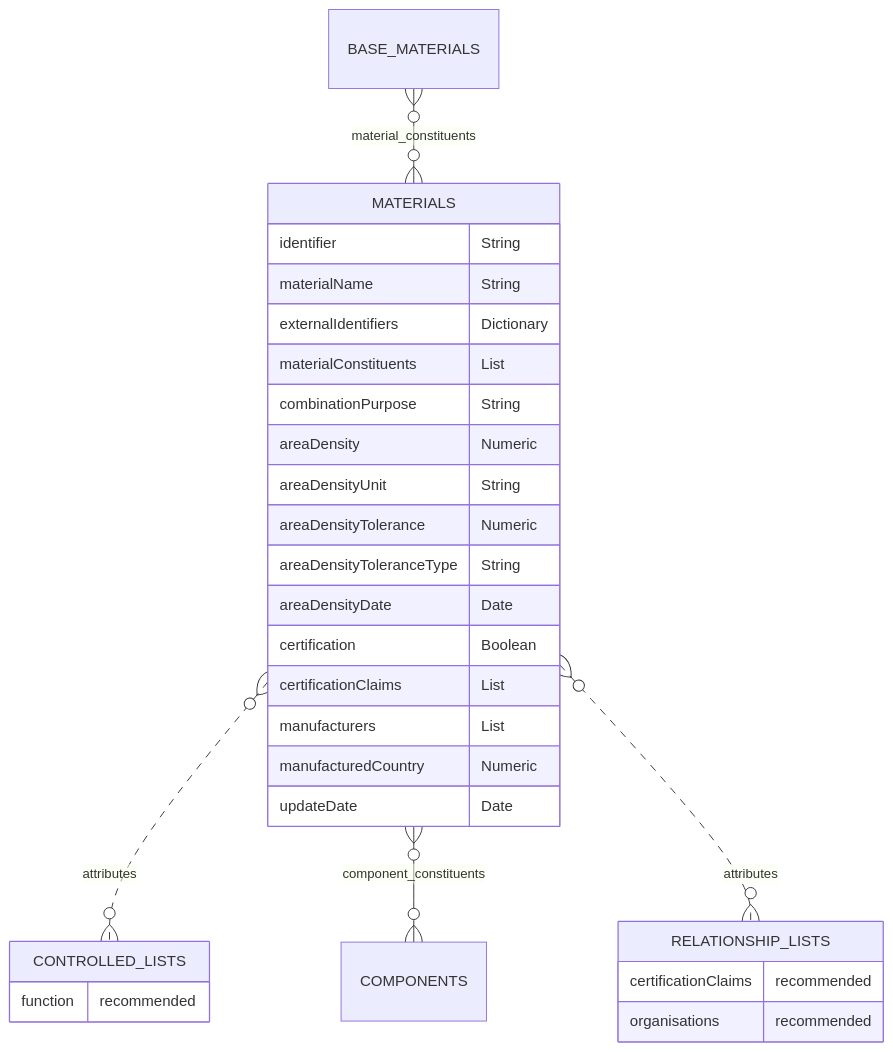
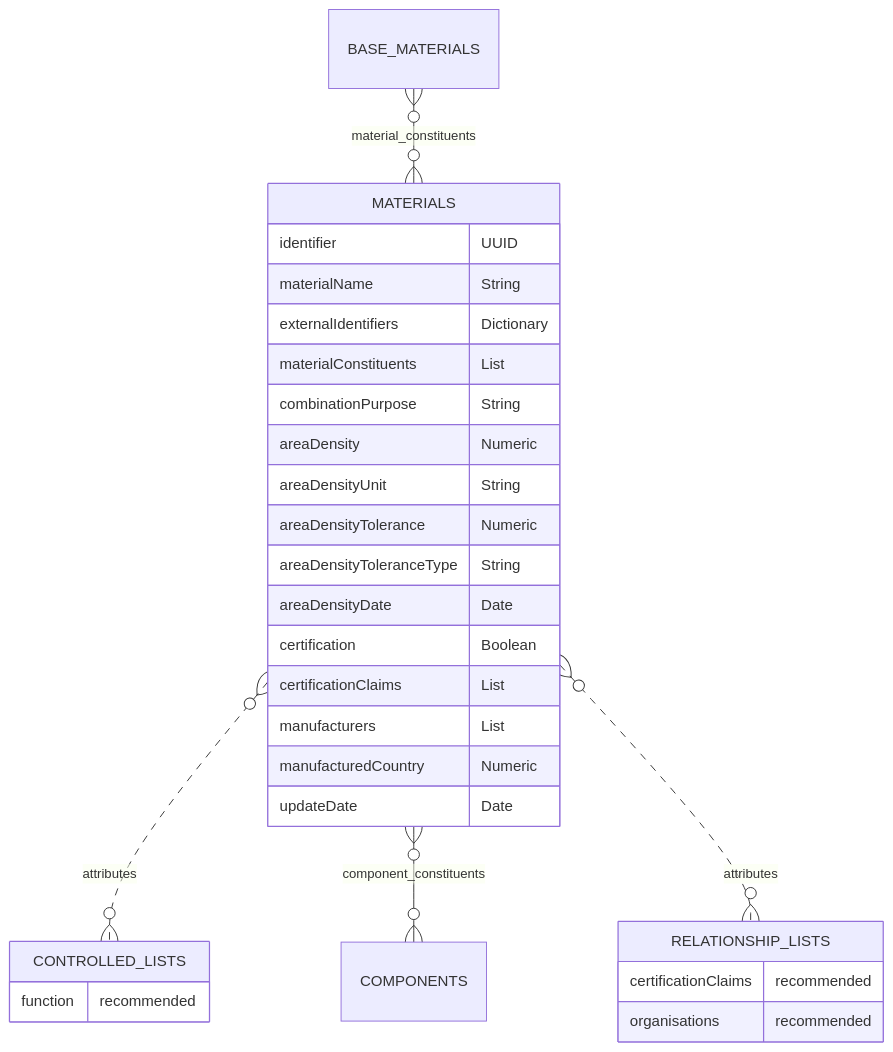
Before and after one commit to OpenDataManchester/Open3P: the diagram in docs/3_Data_Specification/3_2_Materials.md, drawn with Mermaid. The commit also changed other lines of this file, not shown here.

Commit message:
Materials to UUID from string

````diff
--- a/docs/3_Data_Specification/3_2_Materials.md
+++ b/docs/3_Data_Specification/3_2_Materials.md
@@ -31,31 +31,31 @@
 ``` mermaid
 erDiagram
 BASE_MATERIALS }o--o{ MATERIALS : material_constituents
   MATERIALS {
-    identifier String
+    identifier UUID
     materialName String
     externalIdentifiers Dictionary
     materialConstituents List
     combinationPurpose String
     areaDensity Numeric
     areaDensityUnit String
     areaDensityTolerance Numeric
     areaDensityToleranceType String
     areaDensityDate Date
     certification Boolean
     certificationClaims List
     manufacturers List
     manufacturedCountry Numeric
     updateDate Date
   }
   MATERIALS }o..o{ CONTROLLED_LISTS : attributes
   MATERIALS }o--o{ COMPONENTS : component_constituents
   MATERIALS }o..o{ RELATIONSHIP_LISTS : attributes
         CONTROLLED_LISTS {
     function recommended
     }
         RELATIONSHIP_LISTS {
     certificationClaims recommended
     organisations recommended
       }
 ```
````
